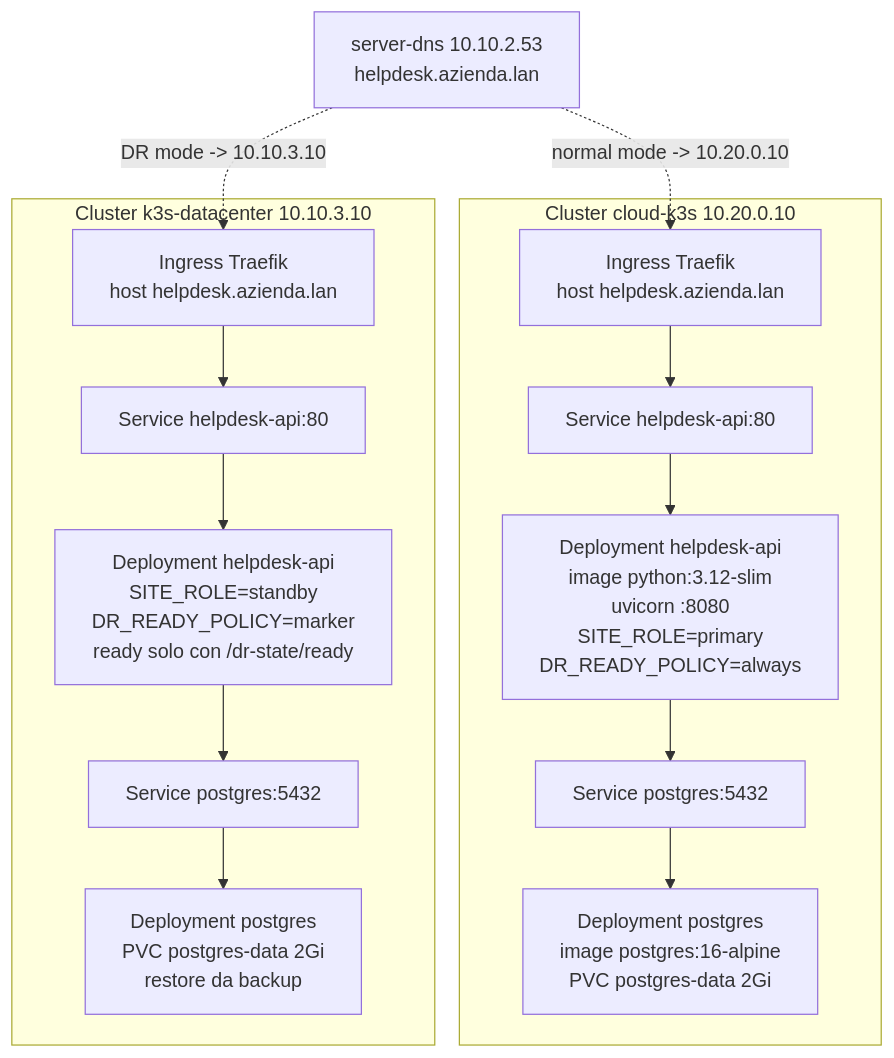
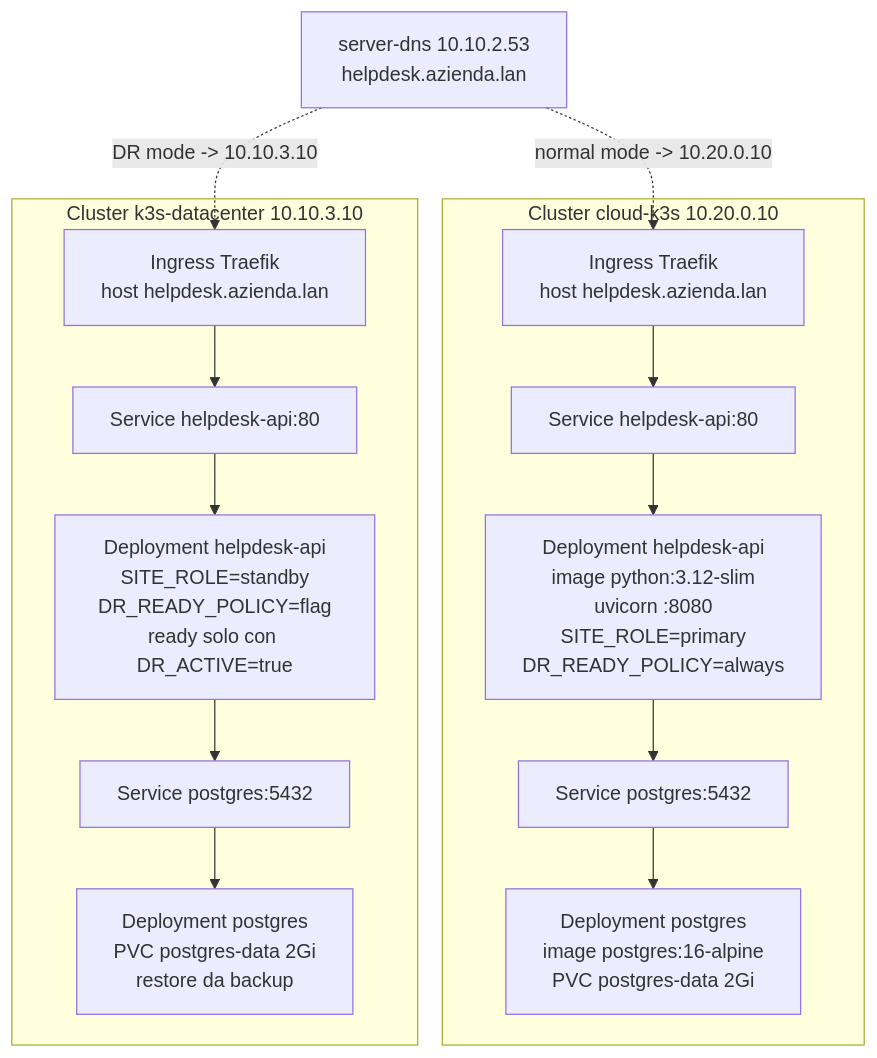
The second of 4 diagrams in automazione/topologia-progetto.md (LucaCatalano23/MultiCloud-strategy---Reverse-DR), drawn with Mermaid before and after one commit. The commit also changed other lines of this file and 47 other files, not shown here.

````diff
--- a/automazione/topologia-progetto.md
+++ b/automazione/topologia-progetto.md
@@ -110,24 +112,24 @@
 ```mermaid
 flowchart TB
   subgraph cloud["Cluster cloud-k3s 10.20.0.10"]
     cing["Ingress Traefik\nhost helpdesk.azienda.lan"]
     csvc["Service helpdesk-api:80"]
     capi["Deployment helpdesk-api\nimage python:3.12-slim\nuvicorn :8080\nSITE_ROLE=primary\nDR_READY_POLICY=always"]
     cpgsvc["Service postgres:5432"]
     cpg["Deployment postgres\nimage postgres:16-alpine\nPVC postgres-data 2Gi"]
     cing --> csvc --> capi --> cpgsvc --> cpg
   end
 
   subgraph onprem["Cluster k3s-datacenter 10.10.3.10"]
     oing["Ingress Traefik\nhost helpdesk.azienda.lan"]
     osvc["Service helpdesk-api:80"]
-    oapi["Deployment helpdesk-api\nSITE_ROLE=standby\nDR_READY_POLICY=marker\nready solo con /dr-state/ready"]
+    oapi["Deployment helpdesk-api\nSITE_ROLE=standby\nDR_READY_POLICY=flag\nready solo con DR_ACTIVE=true"]
     opgsvc["Service postgres:5432"]
     opg["Deployment postgres\nPVC postgres-data 2Gi\nrestore da backup"]
     oing --> osvc --> oapi --> opgsvc --> opg
   end
 
   dns["server-dns 10.10.2.53\nhelpdesk.azienda.lan"]
   dns -. "normal mode -> 10.20.0.10" .-> cing
   dns -. "DR mode -> 10.10.3.10" .-> oing
 ```
````
